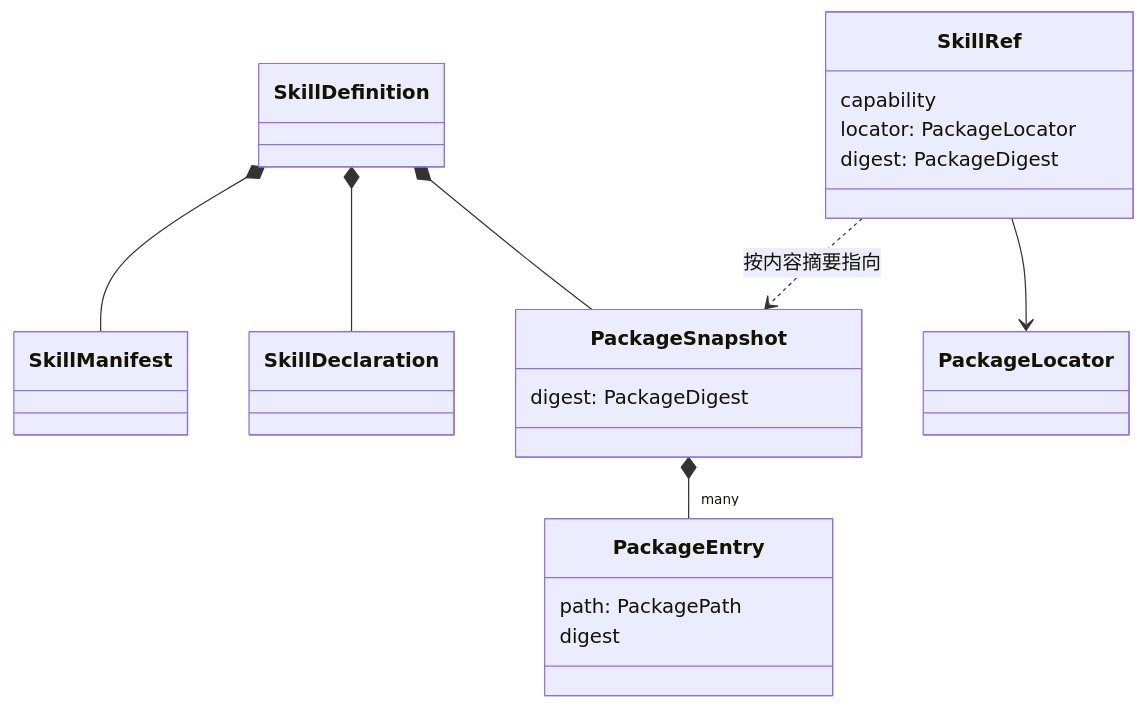
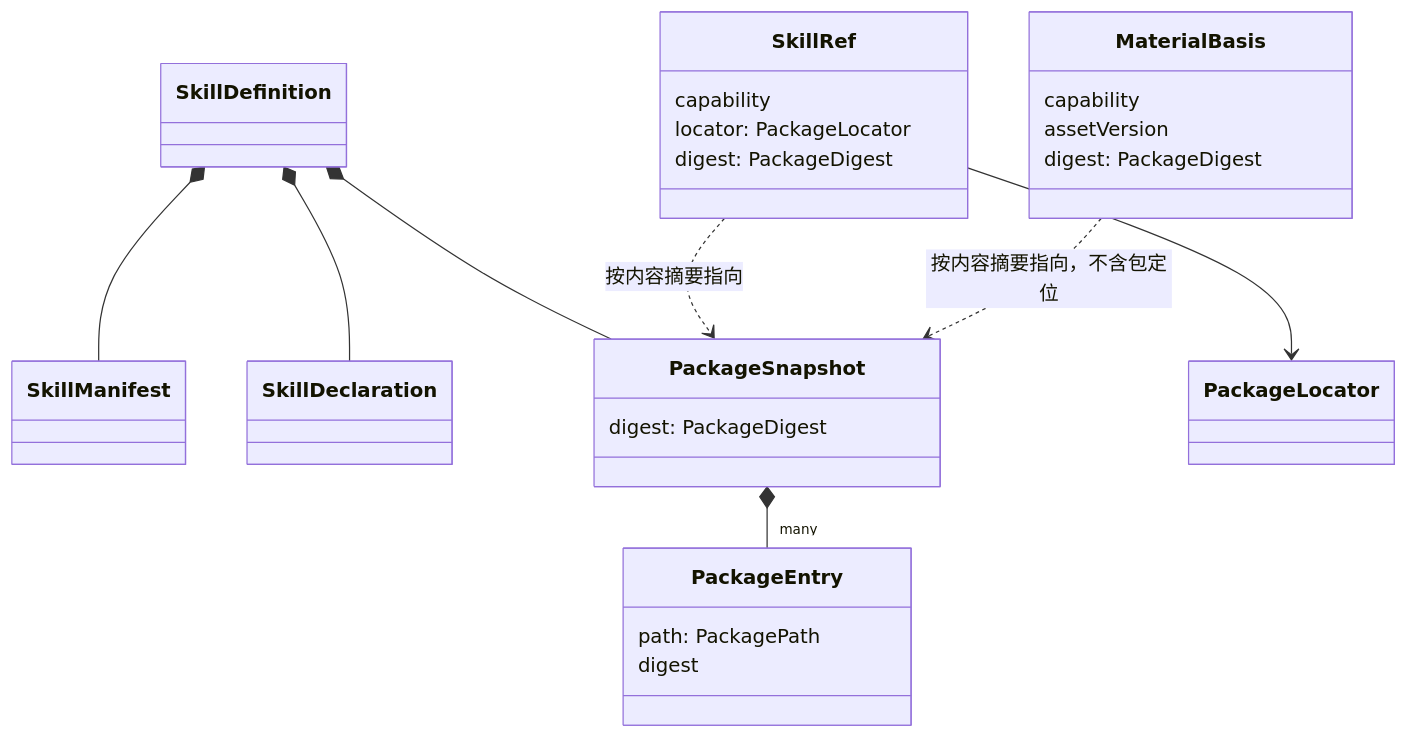
The diagram in packages/skills/docs/architecture.md (nemori-ai/omne-harness-lite), drawn with Mermaid before and after one commit. The commit also changed other lines of this file and 4 other files, not shown here.

````diff
--- a/packages/skills/docs/architecture.md
+++ b/packages/skills/docs/architecture.md
@@ -43,25 +44,31 @@
 ```mermaid
 classDiagram
   class SkillDefinition
   class SkillManifest
   class SkillDeclaration
   class PackageSnapshot {
     digest: PackageDigest
   }
   class PackageEntry {
     path: PackagePath
     digest
   }
   class SkillRef {
     capability
     locator: PackageLocator
     digest: PackageDigest
   }
+  class MaterialBasis {
+    capability
+    assetVersion
+    digest: PackageDigest
+  }
   class PackageLocator
   SkillDefinition *-- SkillManifest
   SkillDefinition *-- SkillDeclaration
   SkillDefinition *-- PackageSnapshot
   PackageSnapshot *-- "many" PackageEntry
   SkillRef --> PackageLocator
   SkillRef ..> PackageSnapshot : 按内容摘要指向
+  MaterialBasis ..> PackageSnapshot : 按内容摘要指向，不含包定位
 ```
````
